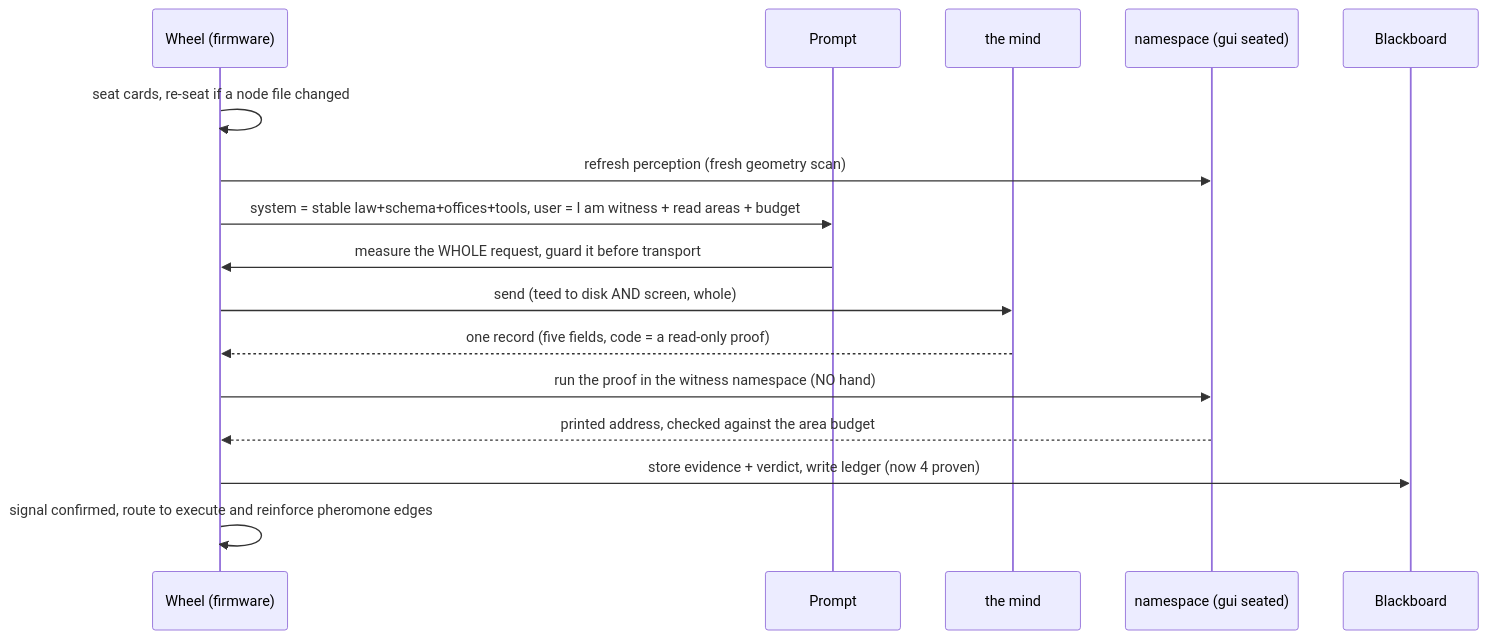
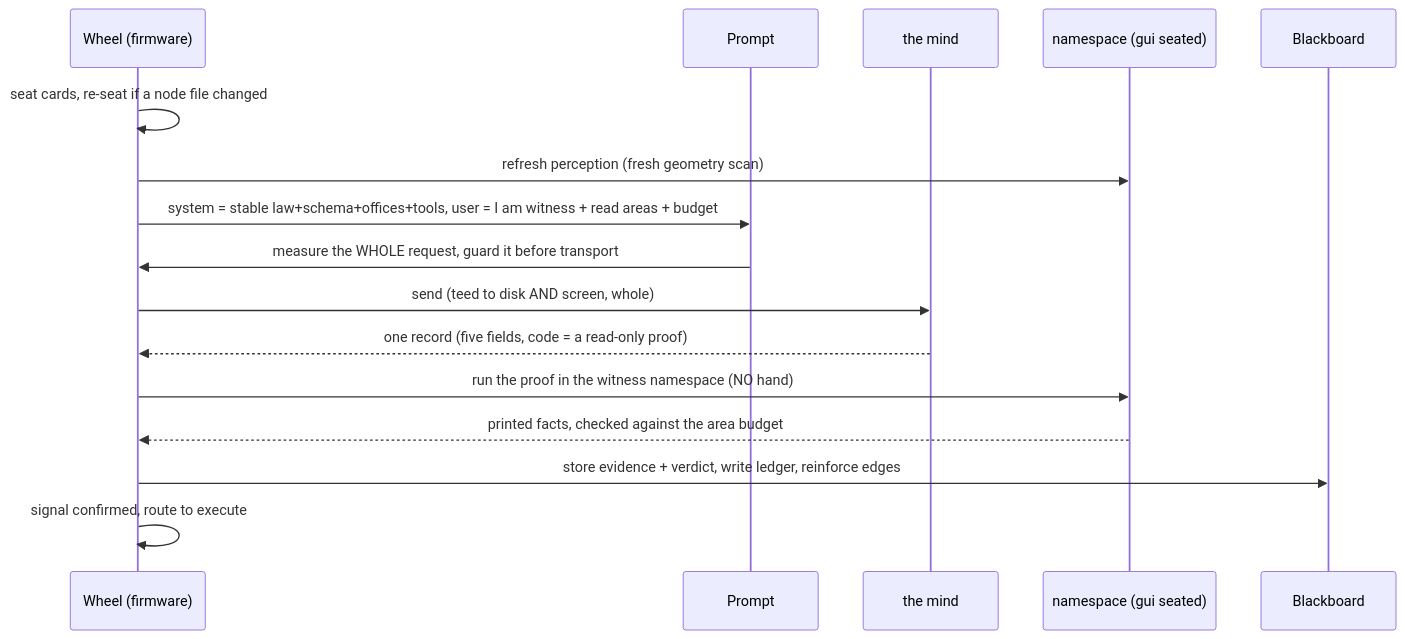
One commit to wgabrys88/endgame-ai changed the sixth of 9 diagrams in README.md. Above: the diagram before and after it, drawn with Mermaid. The commit also changed other lines of this file, not shown here.

````diff
--- a/README.md
+++ b/README.md
@@ -312,18 +379,18 @@
 ```mermaid
 sequenceDiagram
     participant W as Wheel (firmware)
     participant P as Prompt
     participant M as the mind
     participant N as namespace (gui seated)
     participant B as Blackboard
     W->>W: seat cards, re-seat if a node file changed
     W->>N: refresh perception (fresh geometry scan)
     W->>P: system = stable law+schema+offices+tools, user = I am witness + read areas + budget
     P->>W: measure the WHOLE request, guard it before transport
     W->>M: send (teed to disk AND screen, whole)
     M-->>W: one record (five fields, code = a read-only proof)
     W->>N: run the proof in the witness namespace (NO hand)
-    N-->>W: printed address, checked against the area budget
-    W->>B: store evidence + verdict, write ledger (now 4 proven)
-    W->>W: signal confirmed, route to execute and reinforce pheromone edges
+    N-->>W: printed facts, checked against the area budget
+    W->>B: store evidence + verdict, write ledger, reinforce edges
+    W->>W: signal confirmed, route to execute
 ```
````
